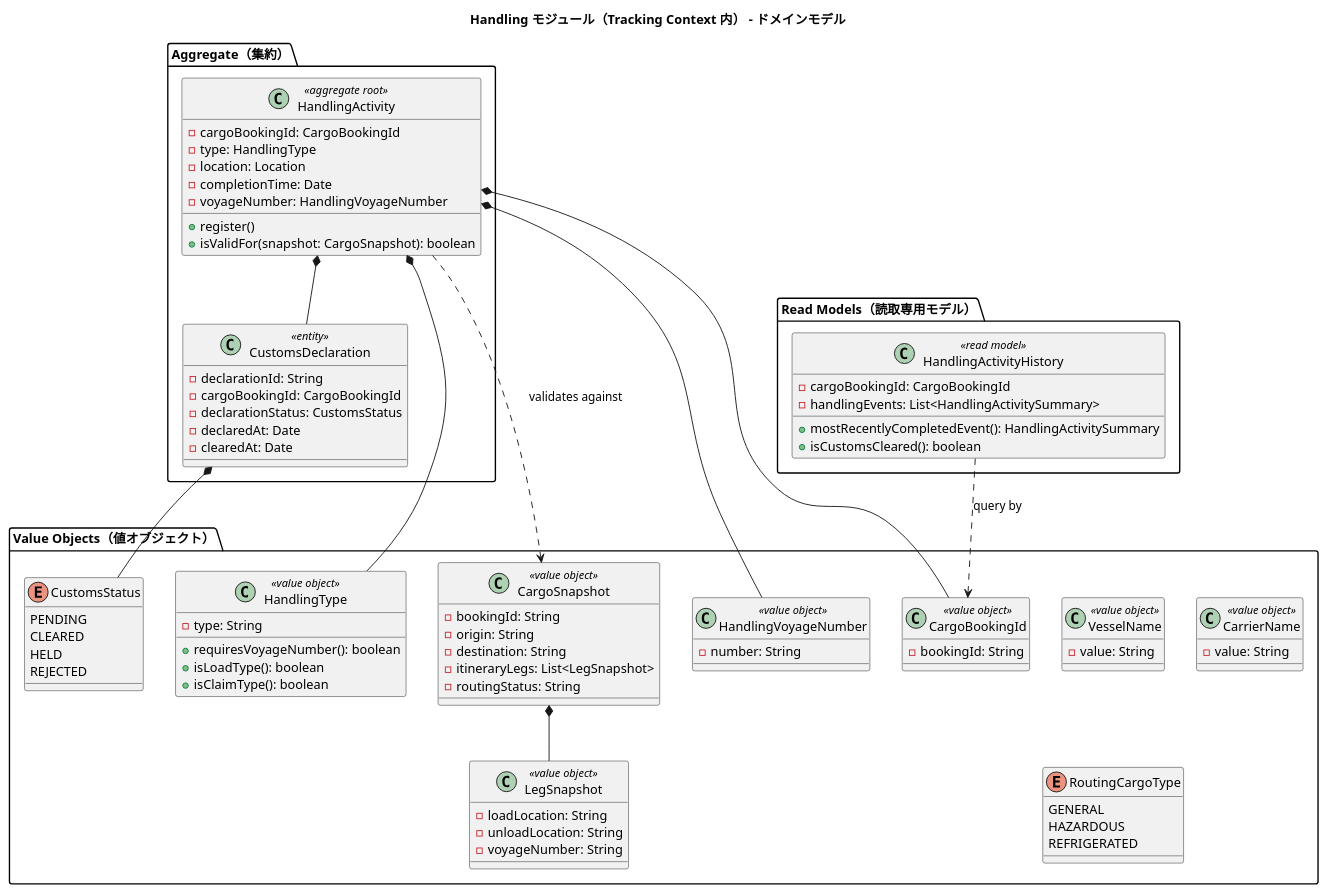
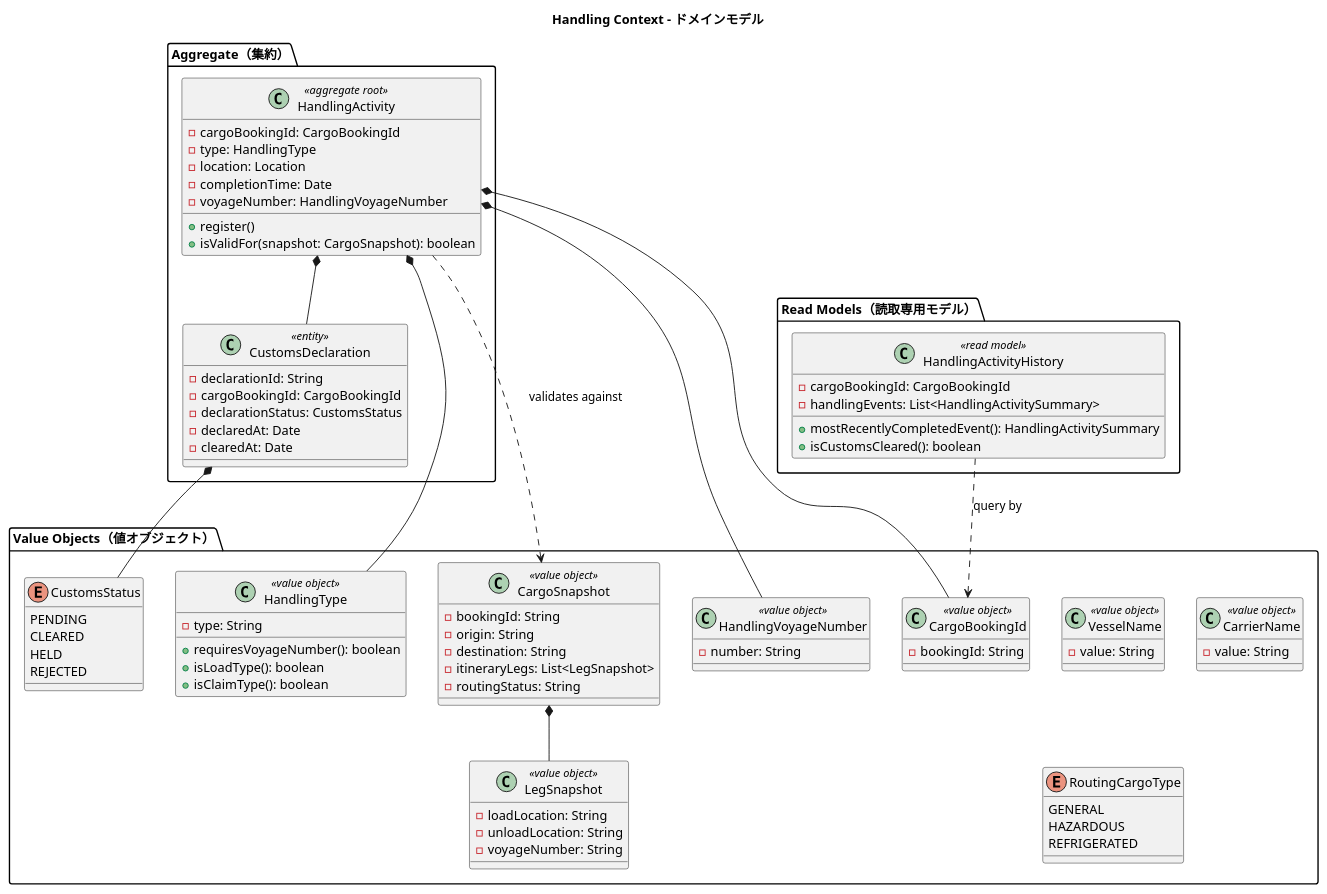
The seventh of 11 diagrams in docs/design/domain-model.md (k2works/case-study-cargo-tracker), drawn with PlantUML before and after one commit. The commit also changed other lines of this file and 71 other files, not shown here.

First line of the commit message:
refactor(handling): Handling Context を独立した BC に昇格する

````diff
--- a/docs/design/domain-model.md
+++ b/docs/design/domain-model.md
@@ -809,6 +809,6 @@
 ```plantuml
 @startuml
-title Handling モジュール（Tracking Context 内） - ドメインモデル
+title Handling Context - ドメインモデル
 
 package "Aggregate（集約）" {
   class HandlingActivity <<aggregate root>> {
````
